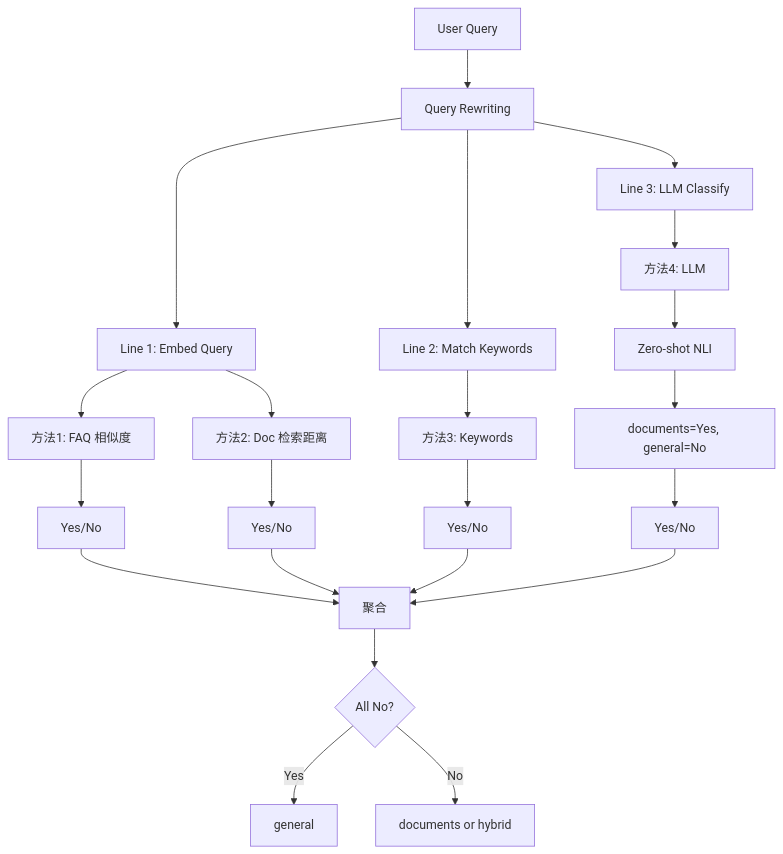
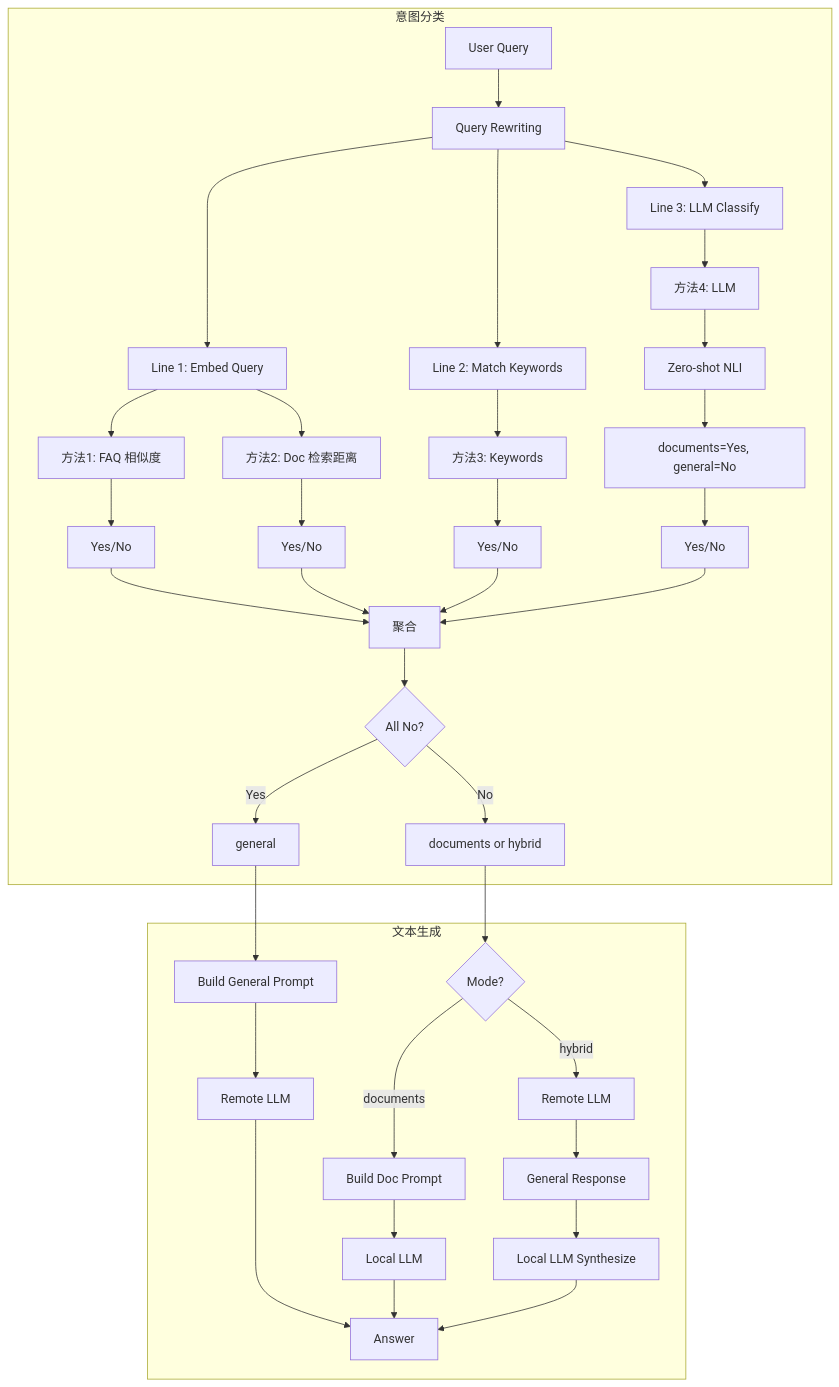
Before and after one commit to lenhop/IC-RAG-Agent: the second of 3 diagrams in docs/ANSWER_MODEL_IDENTITY_NEW.md, drawn with Mermaid. The commit also changed other lines of this file and 10 other files, not shown here.

````diff
--- a/docs/ANSWER_MODEL_IDENTITY_NEW.md
+++ b/docs/ANSWER_MODEL_IDENTITY_NEW.md
@@ -75,37 +75,56 @@
 ```mermaid
 flowchart TD
-    A[User Query]
-    B[Query Rewriting]
-    A --> B
+    subgraph intent [意图分类]
+        A[User Query]
+        B[Query Rewriting]
+        A --> B
 
-    B --> L1
-    B --> L2
-    B --> L3
+        B --> L1
+        B --> L2
+        B --> L3
 
-    L1[Line 1: Embed Query]
-    L2[Line 2: Match Keywords]
-    L3[Line 3: LLM Classify]
+        L1[Line 1: Embed Query]
+        L2[Line 2: Match Keywords]
+        L3[Line 3: LLM Classify]
 
-    L1 --> M1[方法1: FAQ 相似度]
-    L1 --> M2[方法2: Doc 检索距离]
-    M1 --> R1[Yes/No]
-    M2 --> R2[Yes/No]
+        L1 --> M1[方法1: FAQ 相似度]
+        L1 --> M2[方法2: Doc 检索距离]
+        M1 --> R1[Yes/No]
+        M2 --> R2[Yes/No]
 
-    L2 --> M3[方法3: Keywords]
-    M3 --> R3[Yes/No]
+        L2 --> M3[方法3: Keywords]
+        M3 --> R3[Yes/No]
 
-    L3 --> M4[方法4: LLM]
-    M4 --> ZS[Zero-shot NLI]
-    ZS --> MAP[documents=Yes, general=No]
-    MAP --> R4[Yes/No]
+        L3 --> M4[方法4: LLM]
+        M4 --> ZS[Zero-shot NLI]
+        ZS --> MAP[documents=Yes, general=No]
+        MAP --> R4[Yes/No]
 
-    R1 --> AGG
-    R2 --> AGG
-    R3 --> AGG
-    R4 --> AGG
+        R1 --> AGG
+        R2 --> AGG
+        R3 --> AGG
+        R4 --> AGG
 
-    AGG[聚合]
-    AGG --> CHECK{All No?}
-    CHECK -->|Yes| GEN[general]
-    CHECK -->|No| MODE[documents or hybrid]
+        AGG[聚合]
+        AGG --> CHECK{All No?}
+        CHECK -->|Yes| MODE_GEN[general]
+        CHECK -->|No| MODE_DOC[documents or hybrid]
+    end
+
+    subgraph generation [文本生成]
+        MODE_GEN --> TG_GEN[Build General Prompt]
+        MODE_DOC --> TG_DOC{Mode?}
+
+        TG_GEN --> REMOTE[Remote LLM]
+        REMOTE --> OUT[Answer]
+
+        TG_DOC -->|documents| BUILD_DOC[Build Doc Prompt]
+        BUILD_DOC --> LOCAL_DOC[Local LLM]
+        LOCAL_DOC --> OUT
+
+        TG_DOC -->|hybrid| STEP1[Remote LLM]
+        STEP1 --> GEN_RESP[General Response]
+        GEN_RESP --> STEP2[Local LLM Synthesize]
+        STEP2 --> OUT
+    end
 ```
````
